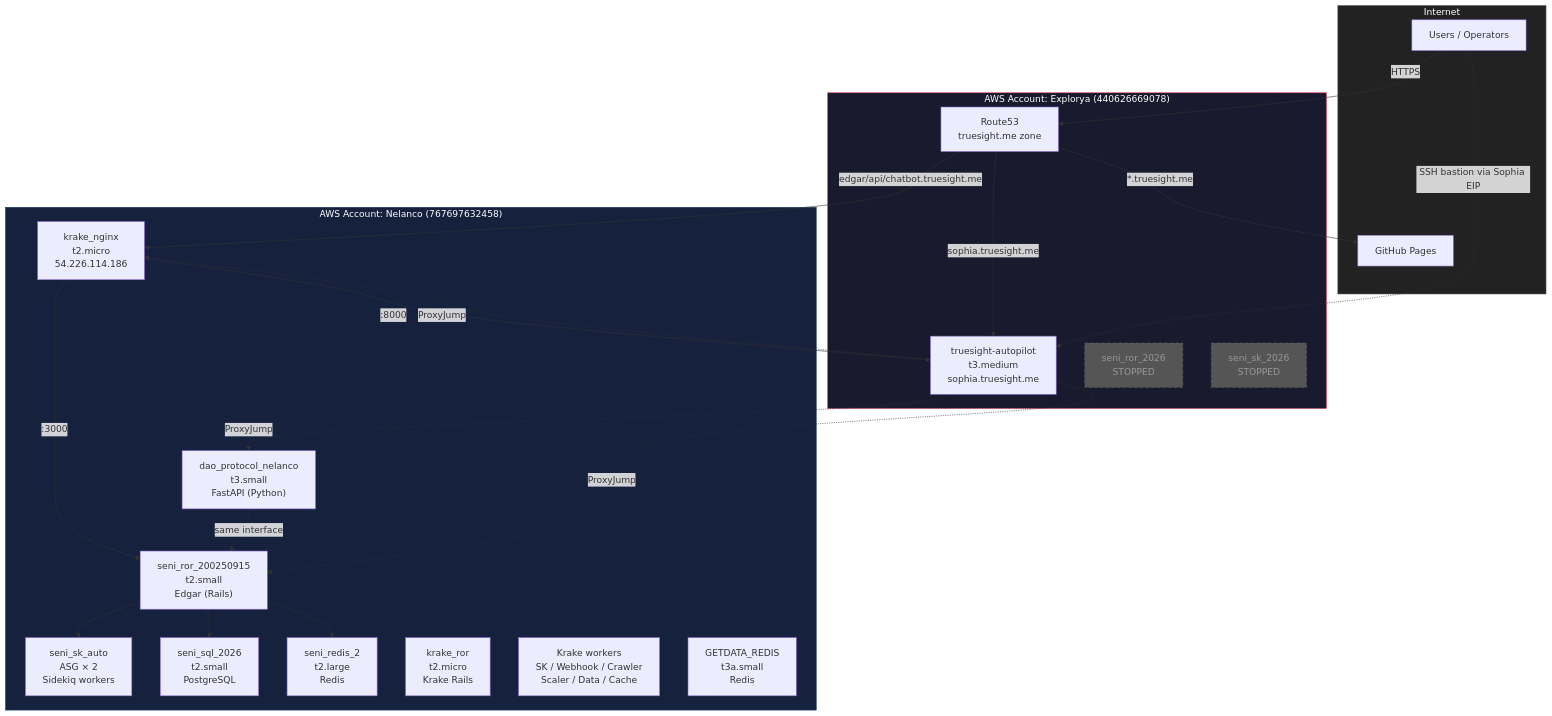
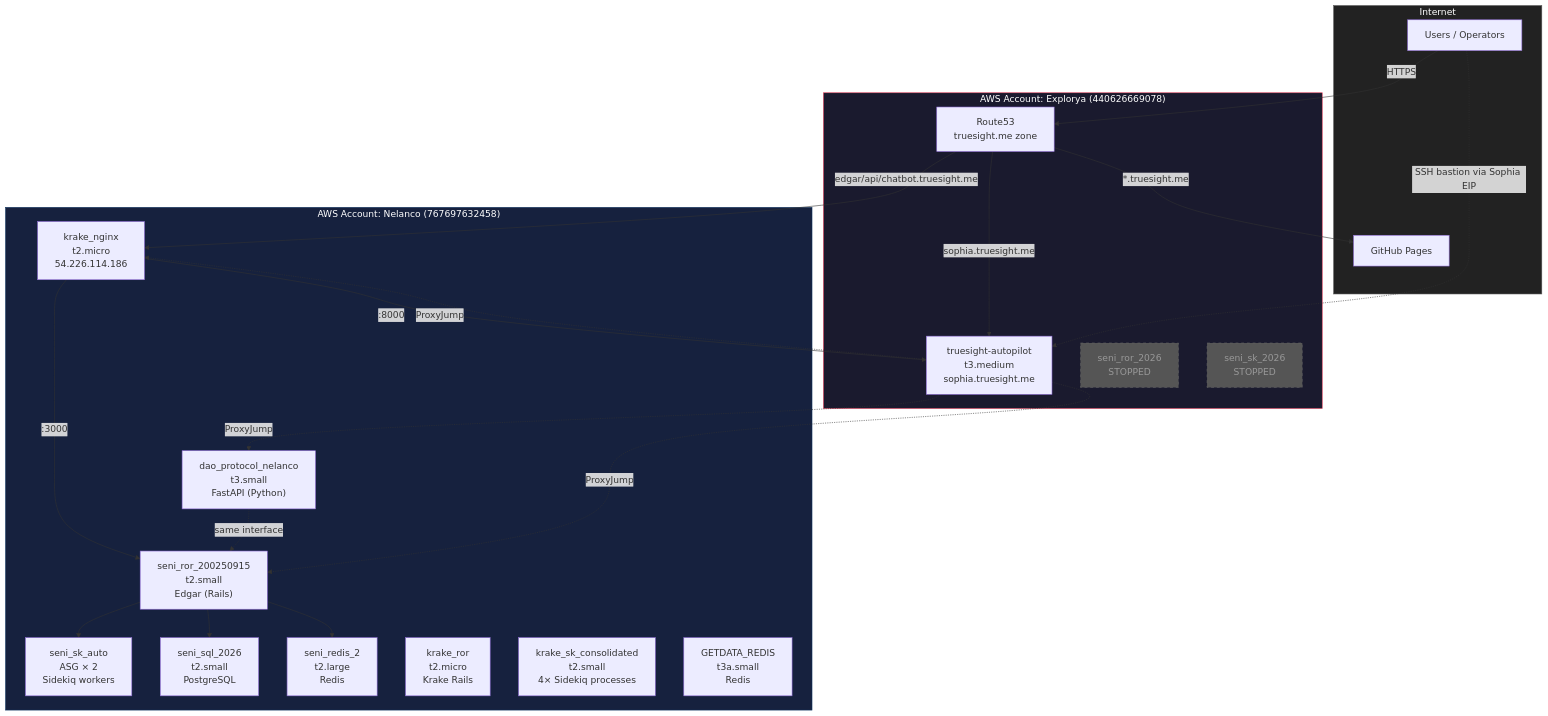
Before and after one commit to TrueSightDAO/agentic_ai_context: the first of 2 diagrams in AWS_DIGITAL_INFRASTRUCTURE.md, drawn with Mermaid. The commit also changed other lines of this file, not shown here.

Commit message:
Krake SK consolidation complete + update infra doc

````diff
--- a/AWS_DIGITAL_INFRASTRUCTURE.md
+++ b/AWS_DIGITAL_INFRASTRUCTURE.md
@@ -11,51 +11,51 @@
 ```mermaid
 flowchart TB
     subgraph Internet["Internet"]
         Users["Users / Operators"]
         GitHub["GitHub Pages"]
     end
 
     subgraph Explorya["AWS Account: Explorya (440626669078)"]
         R53["Route53\ntruesight.me zone"]
         Autopilot["truesight-autopilot\nt3.medium\nsophia.truesight.me"]
         OldEdgar["seni_ror_2026\nSTOPPED"]
         OldSK["seni_sk_2026\nSTOPPED"]
     end
 
     subgraph Nelanco["AWS Account: Nelanco (767697632458)"]
         Nginx["krake_nginx\nt2.micro\n54.226.114.186"]
         EdgarRails["seni_ror_200250915\nt2.small\nEdgar (Rails)"]
         DaoProtocol["dao_protocol_nelanco\nt3.small\nFastAPI (Python)"]
         Sidekiq["seni_sk_auto\nASG × 2\nSidekiq workers"]
         Postgres["seni_sql_2026\nt2.small\nPostgreSQL"]
         Redis["seni_redis_2\nt2.large\nRedis"]
         KrakeROR["krake_ror\nt2.micro\nKrake Rails"]
-        KrakeWorkers["Krake workers\nSK / Webhook / Crawler\nScaler / Data / Cache"]
+        KrakeWorkers["krake_sk_consolidated\nt2.small\n4× Sidekiq processes"]
         KrakeRedis["GETDATA_REDIS\nt3a.small\nRedis"]
     end
 
     Users -->|HTTPS| R53
     R53 -->|edgar/api/chatbot.truesight.me| Nginx
     R53 -->|sophia.truesight.me| Autopilot
     R53 -->|*.truesight.me| GitHub
 
     Nginx -->|:3000| EdgarRails
     Nginx -->|:8000| Autopilot
 
     EdgarRails --> Postgres
     EdgarRails --> Redis
     EdgarRails --> Sidekiq
 
     DaoProtocol -.->|same interface| EdgarRails
 
     Users -.->|SSH bastion via Sophia EIP| Autopilot
     Autopilot -.->|ProxyJump| Nginx
     Autopilot -.->|ProxyJump| EdgarRails
     Autopilot -.->|ProxyJump| DaoProtocol
 
     style Explorya fill:#1a1a2e,color:#fff,stroke:#e94560
     style Nelanco fill:#16213e,color:#fff,stroke:#0f3460
     style Internet fill:#222,color:#fff,stroke:#555
     style OldEdgar fill:#555,color:#999,stroke:#666,stroke-dasharray: 5 5
     style OldSK fill:#555,color:#999,stroke:#666,stroke-dasharray: 5 5
 ```
````
